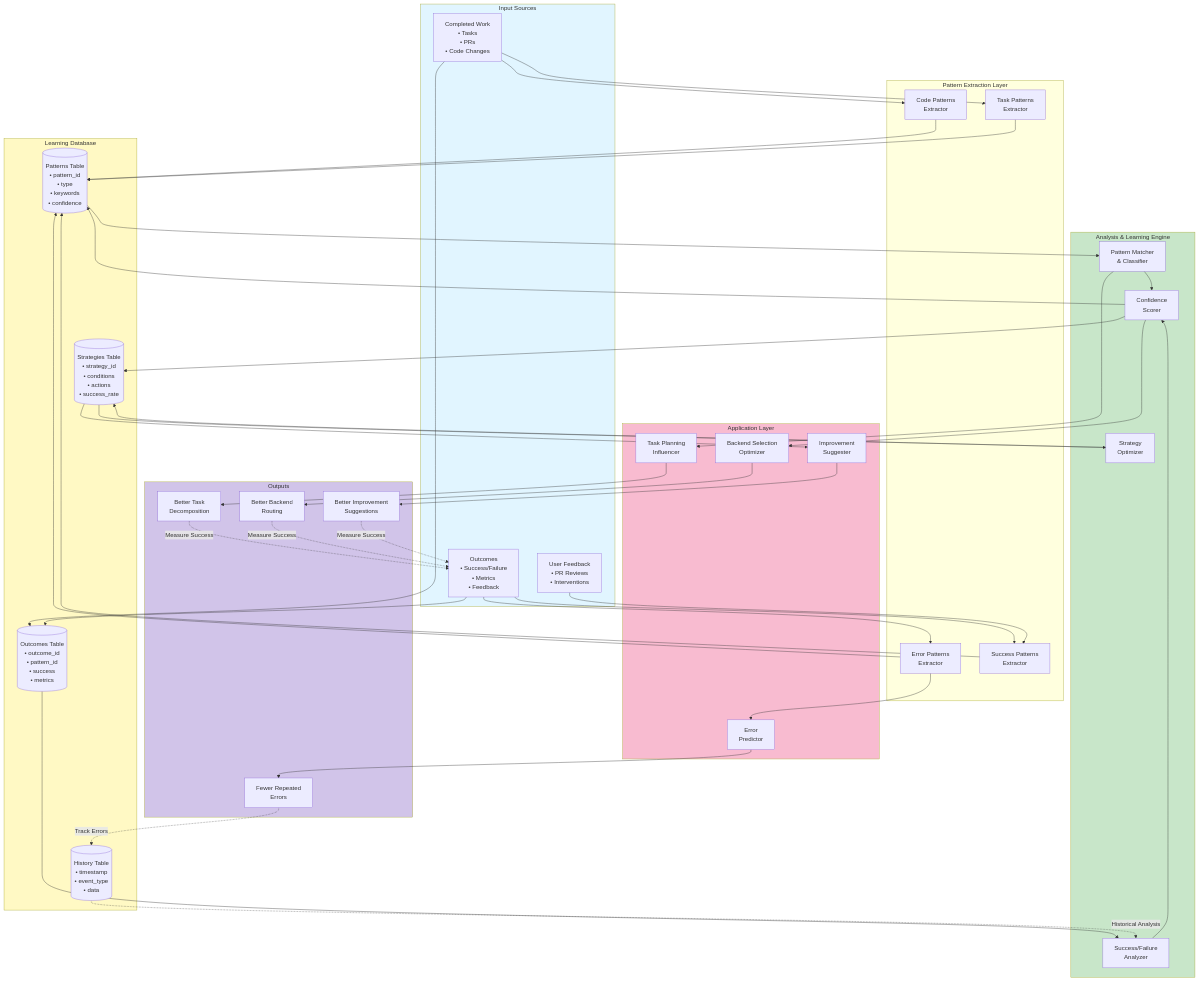
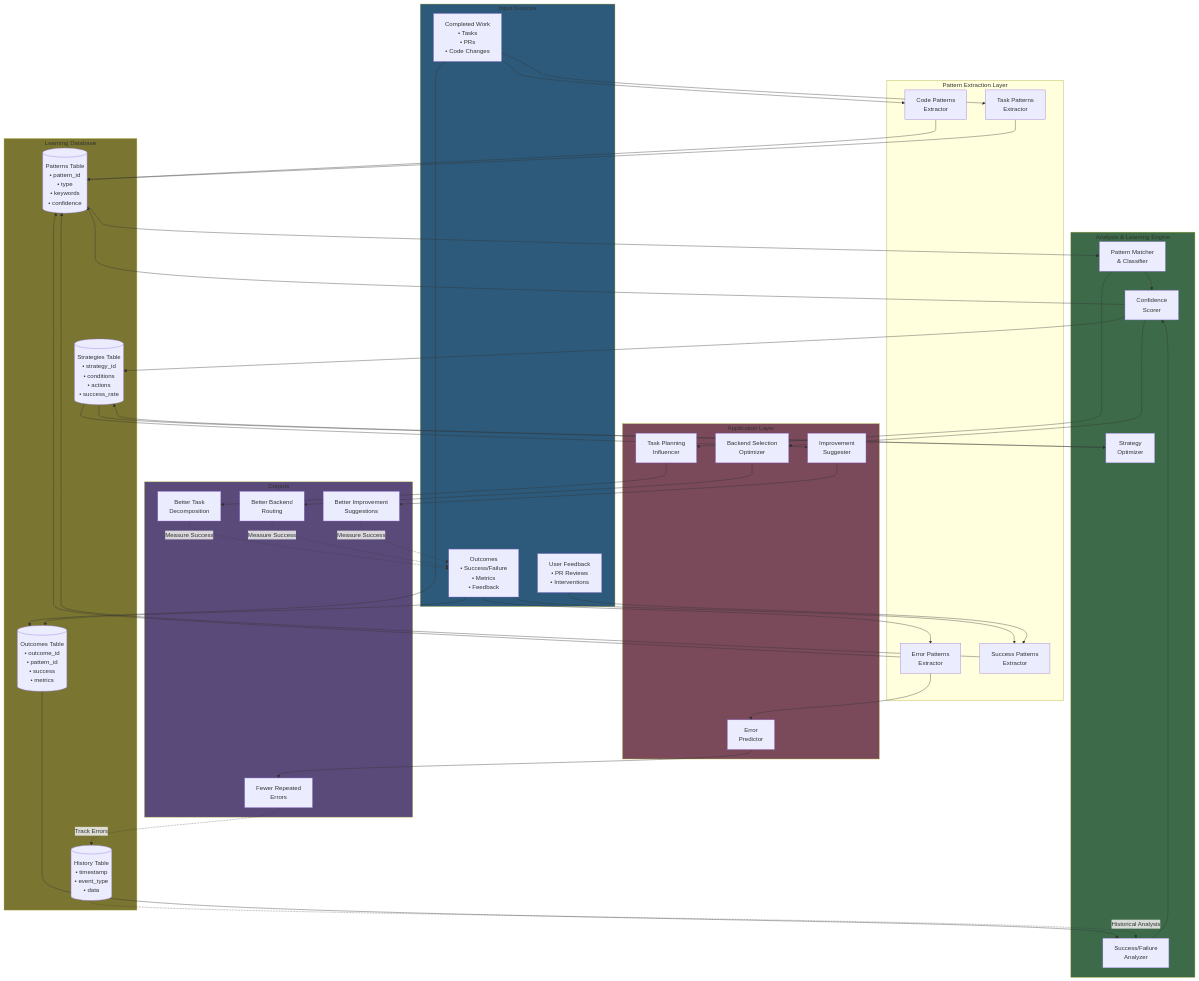
Before and after one commit to thamam/moderator: the diagram in docs/diagrams/learning-system-architecture.md, drawn with Mermaid. The commit also changed 11 other files, not shown here.

Commit message:
chagned diagrams colors

````diff
--- a/docs/diagrams/learning-system-architecture.md
+++ b/docs/diagrams/learning-system-architecture.md
@@ -97,9 +97,9 @@
 
     History -.->|Historical Analysis| SuccessAnalyzer
 
-    style Input fill:#e1f5ff
-    style LearningDB fill:#fff9c4
-    style Analysis fill:#c8e6c9
-    style Application fill:#f8bbd0
-    style Output fill:#d1c4e9
+    style Input fill:#2d5a7a
+    style LearningDB fill:#7a7530
+    style Analysis fill:#3d6b4a
+    style Application fill:#7a4a5a
+    style Output fill:#5a4a7a
 ```
````
